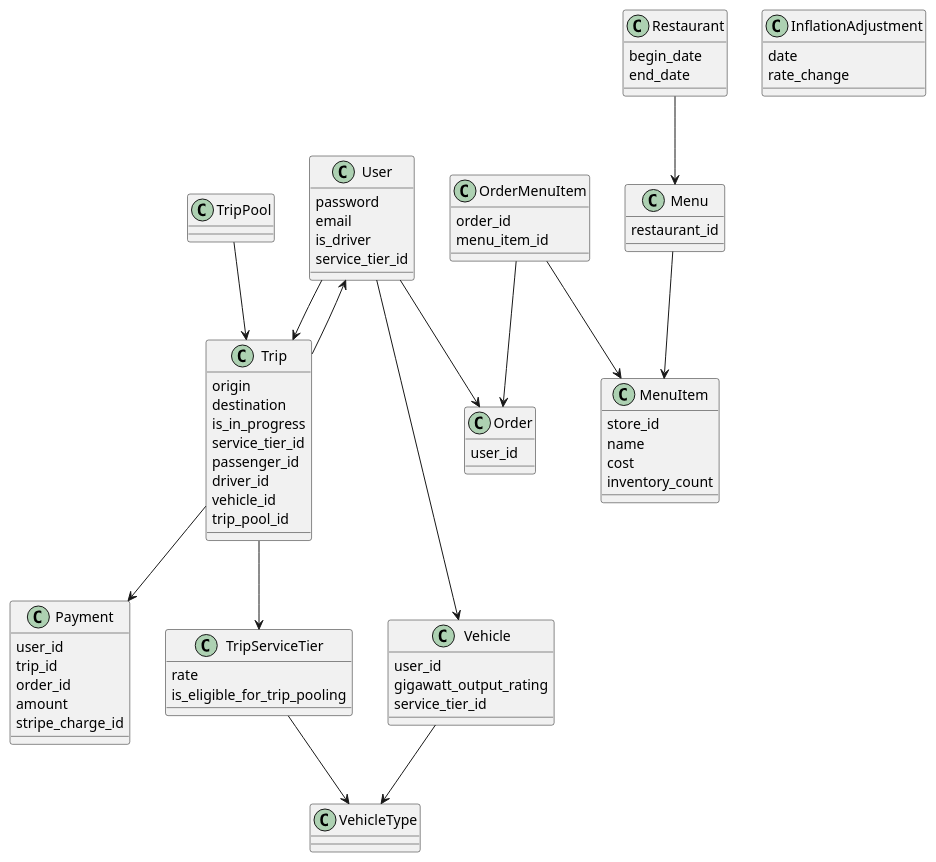
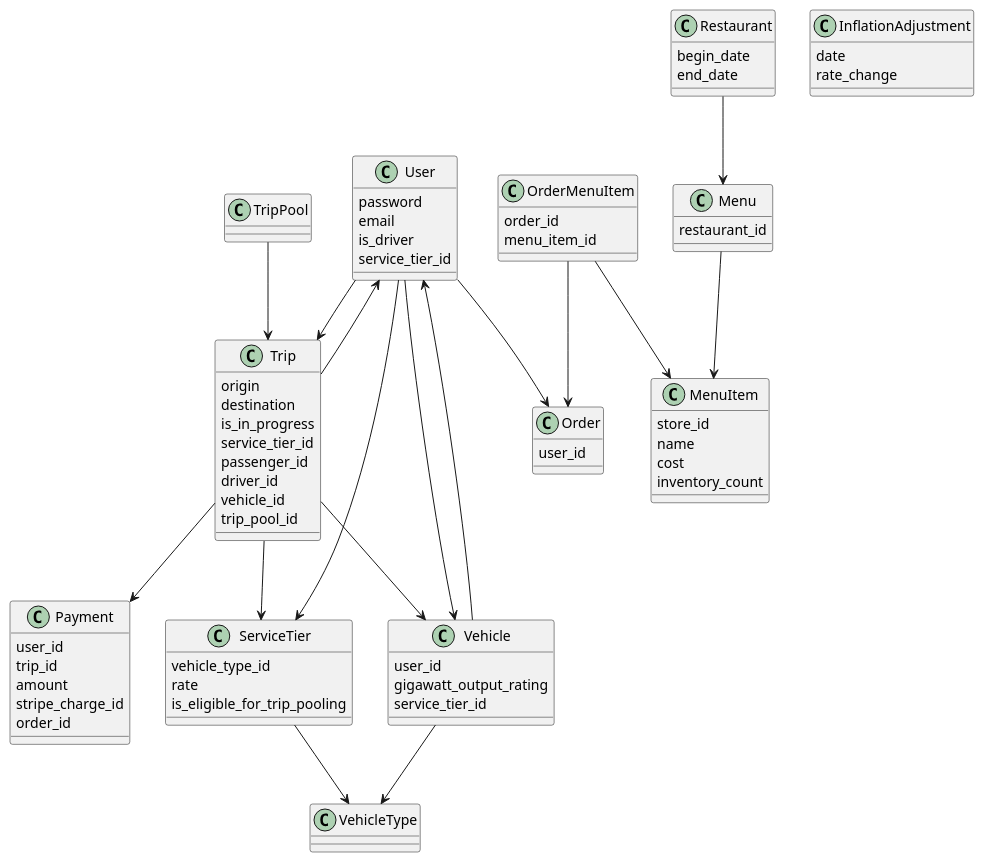
Before and after one commit to andrewhao/dddrail-talk: the diagram in diagrams/4-delorean-eats.plantuml, drawn with PlantUML. The commit also changed 7 other files, not shown here.

Commit message:
Normalize diagrams

```diff
--- a/diagrams/4-delorean-eats.plantuml
+++ b/diagrams/4-delorean-eats.plantuml
@@ -1,91 +1,95 @@
 @startuml
 skinparam shadowing false
 
 class User {
   password
   email
   is_driver
   service_tier_id
 }
 
 class Trip {
   origin
   destination
   is_in_progress
   service_tier_id
   passenger_id
   driver_id
   vehicle_id
   trip_pool_id
 }
 
 class Vehicle {
   user_id
   gigawatt_output_rating
   service_tier_id
 }
 
 class Payment {
   user_id
   trip_id
-  order_id
   amount
   stripe_charge_id
+  order_id
 }
 
-class TripServiceTier {
+class ServiceTier {
+  vehicle_type_id
   rate
   is_eligible_for_trip_pooling
+}
+
+class VehicleType {
+}
+
+class TripPool {
 }
 
 class Order {
   user_id
 }
 
-class TripPool {
-}
-
-
 class OrderMenuItem {
   order_id
   menu_item_id
 }
-
 
 class Restaurant {
   begin_date
   end_date
 }
 
 class Menu {
   restaurant_id
 }
 
 class MenuItem {
   store_id
   name
   cost
   inventory_count
 }
 
 class InflationAdjustment {
   date
   rate_change
 }
 
+User --> Trip
+Trip --> User
+Trip --> Payment
+Trip --> ServiceTier
+Trip --> Vehicle
+ServiceTier --> VehicleType
+Vehicle --> VehicleType
+Vehicle --> User
+User --> ServiceTier
+TripPool --> Trip
+User --> Vehicle
 User --> Order
 OrderMenuItem --> Order
 OrderMenuItem --> MenuItem
 Restaurant --> Menu
 Menu --> MenuItem
 
-User --> Trip
-Trip --> User
-Trip --> Payment
-Trip --> TripServiceTier
-TripServiceTier --> VehicleType
-Vehicle --> VehicleType
-User --> Vehicle
-TripPool --> Trip
-
 @enduml
```
